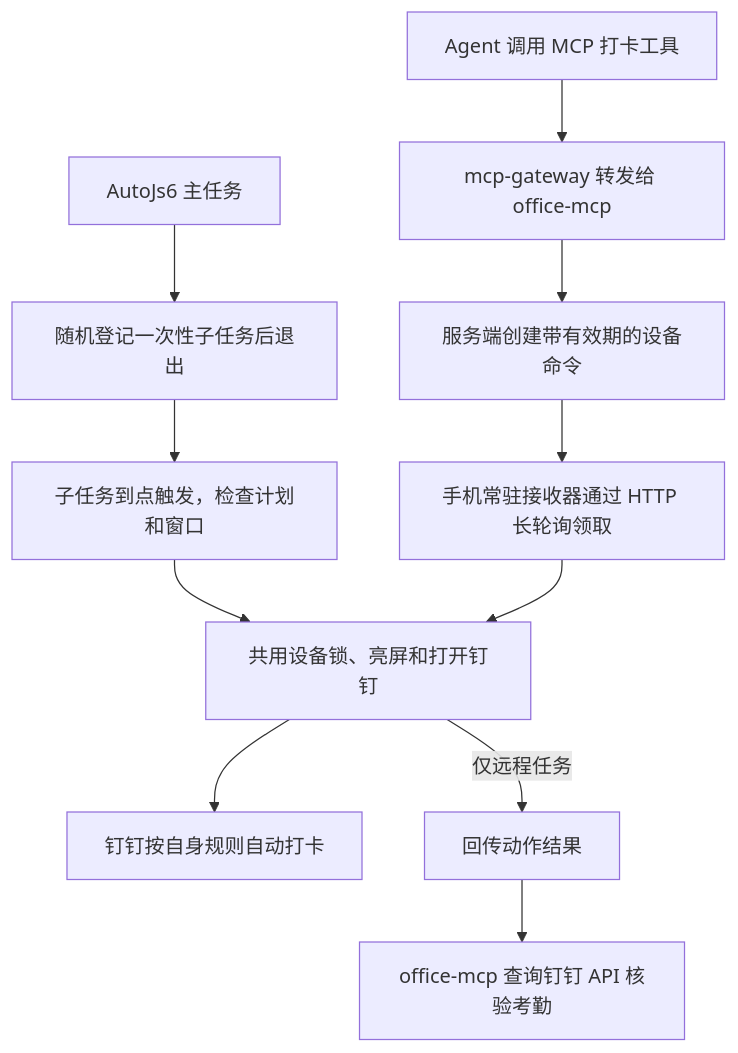
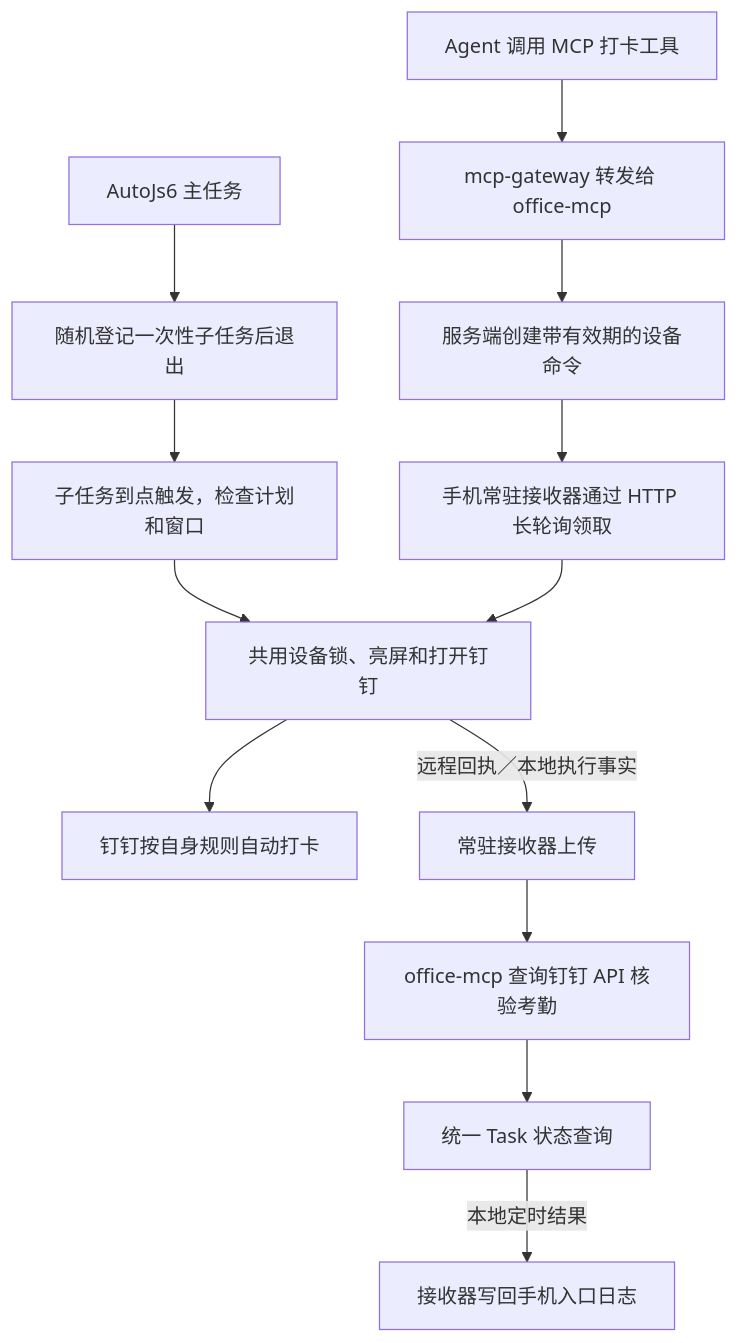
Before and after one commit to Ultronxr/OfficeMcpWithDingtalkAttendance: the diagram in autojs6/README.md, drawn with Mermaid. The commit also changed other lines of this file and 18 other files, not shown here.

````diff
--- a/autojs6/README.md
+++ b/autojs6/README.md
@@ -14,13 +15,15 @@
 ```mermaid
 flowchart TD
     A[AutoJs6 主任务] --> B[随机登记一次性子任务后退出]
     B --> C[子任务到点触发，检查计划和窗口]
     D[Agent 调用 MCP 打卡工具] --> E[mcp-gateway 转发给 office-mcp]
     E --> F[服务端创建带有效期的设备命令]
     F --> G[手机常驻接收器通过 HTTP 长轮询领取]
     C --> H[共用设备锁、亮屏和打开钉钉]
     G --> H
     H --> I[钉钉按自身规则自动打卡]
-    H -->|仅远程任务| J[回传动作结果]
+    H -->|远程回执／本地执行事实| J[常驻接收器上传]
     J --> K[office-mcp 查询钉钉 API 核验考勤]
+    K --> L[统一 Task 状态查询]
+    L -->|本地定时结果| M[接收器写回手机入口日志]
 ```
````
